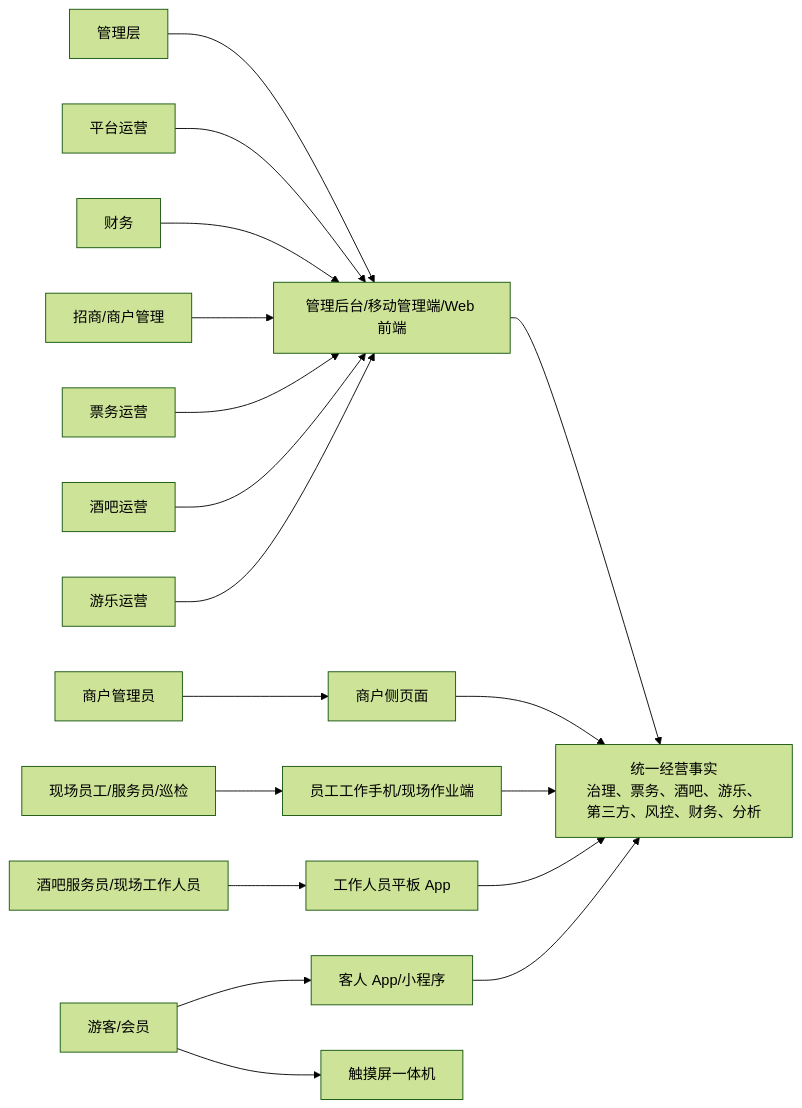
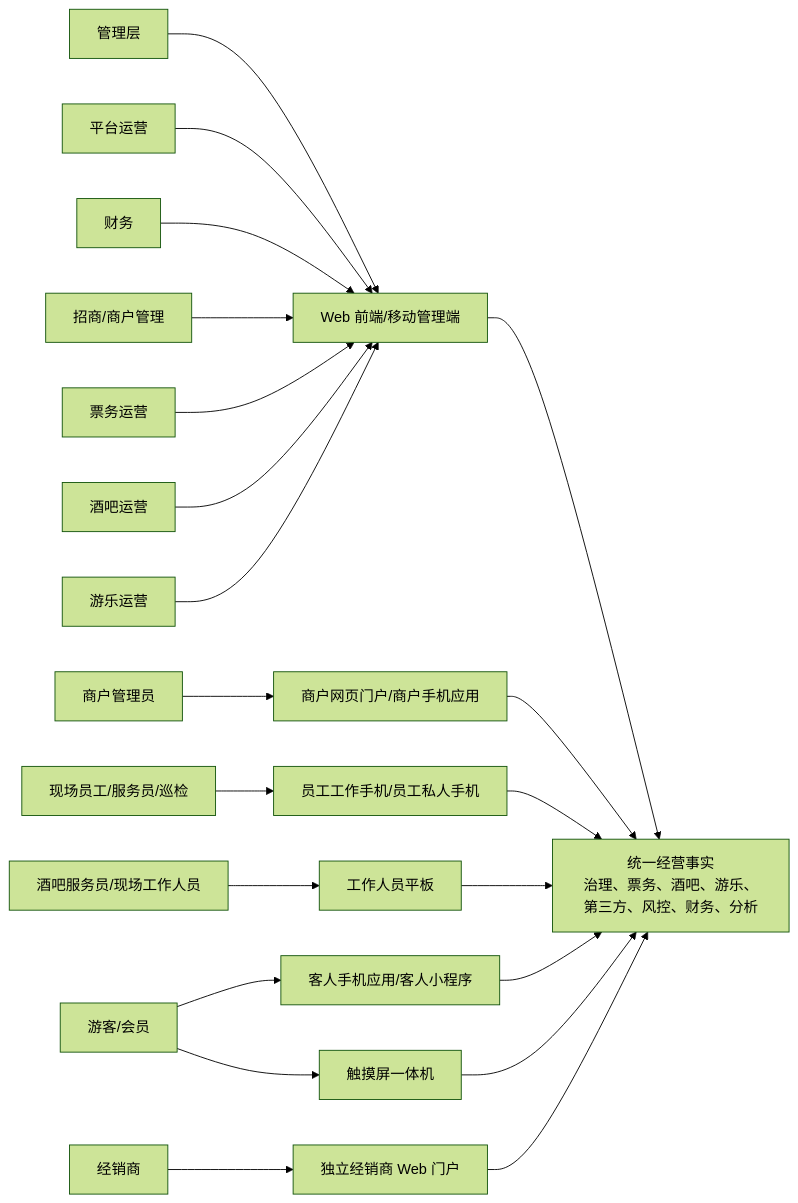
Before and after one commit to jxh1979/mall: the fourth of 5 diagrams in docs/business-functional-topology-v0.1.md, drawn with Mermaid (forest theme). The commit also changed other lines of this file and 11 other files, not shown here.

Commit message:
docs: 收口 M02 业务分层与总图文档出处对齐

````diff
--- a/docs/business-functional-topology-v0.1.md
+++ b/docs/business-functional-topology-v0.1.md
@@ -326,21 +359,24 @@
 ```mermaid
 flowchart LR
-  R1["管理层"] --> E1["管理后台/移动管理端/Web 前端"]
+  R1["管理层"] --> E1["Web 前端/移动管理端"]
   R2["平台运营"] --> E1
   R3["财务"] --> E1
   R4["招商/商户管理"] --> E1
   R5["票务运营"] --> E1
   R6["酒吧运营"] --> E1
   R7["游乐运营"] --> E1
-  R8["商户管理员"] --> E2["商户侧页面"]
-  R9["现场员工/服务员/巡检"] --> E3["员工工作手机/现场作业端"]
-  R10["酒吧服务员/现场工作人员"] --> E4["工作人员平板 App"]
-  R11["游客/会员"] --> E5["客人 App/小程序"]
+  R8["商户管理员"] --> E2["商户网页门户/商户手机应用"]
+  R9["现场员工/服务员/巡检"] --> E3["员工工作手机/员工私人手机"]
+  R10["酒吧服务员/现场工作人员"] --> E4["工作人员平板"]
+  R11["游客/会员"] --> E5["客人手机应用/客人小程序"]
   R11 --> E6["触摸屏一体机"]
+  R12["经销商"] --> E7["独立经销商 Web 门户"]
 
   E1 --> S["统一经营事实<br/>治理、票务、酒吧、游乐、第三方、风控、财务、分析"]
   E2 --> S
   E3 --> S
   E4 --> S
   E5 --> S
+  E6 --> S
+  E7 --> S
 ```
````
